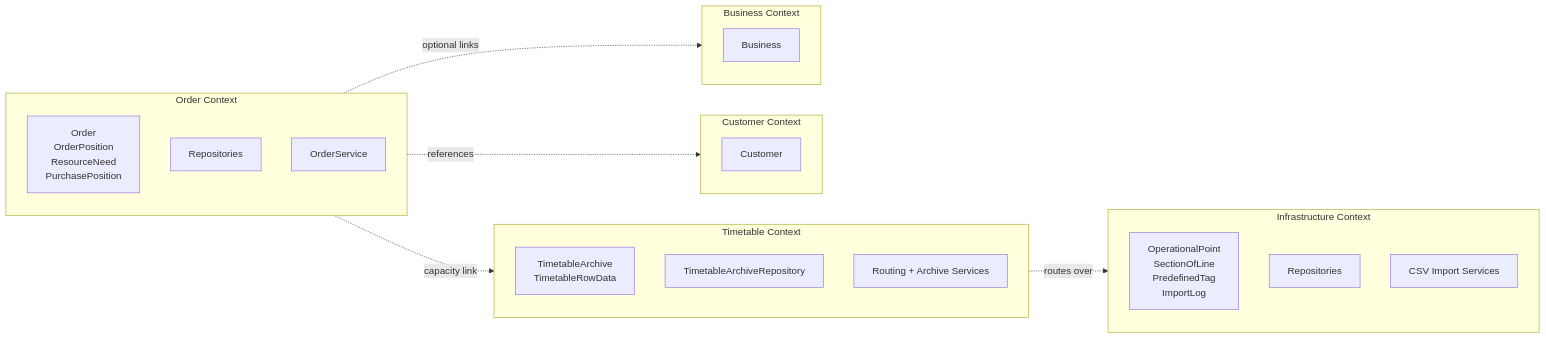
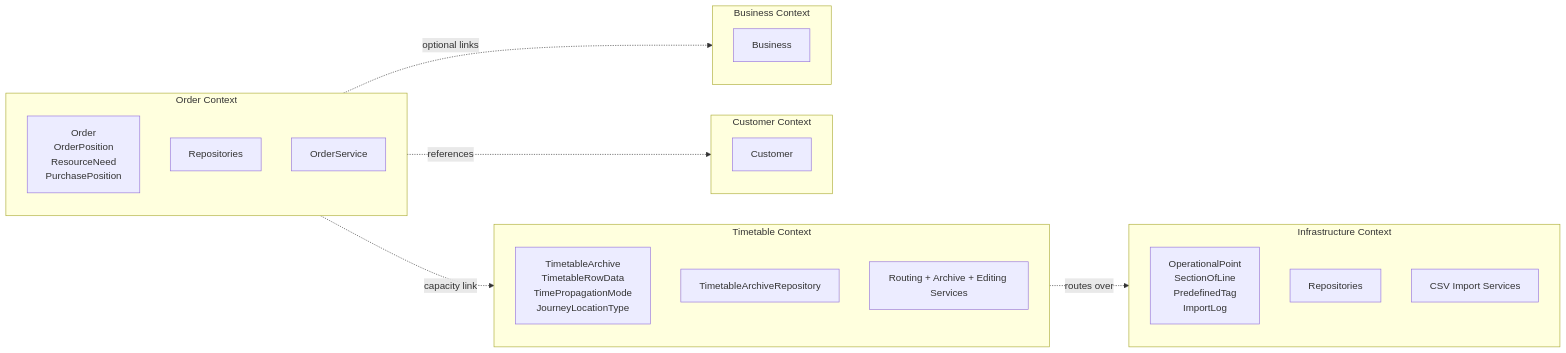
The ninth of 9 diagrams in docs/ARCHITECTURE.md (kron12345/railway-order-mgmt), drawn with Mermaid before and after one commit. The commit also changed other lines of this file and 69 other files, not shown here.

````diff
--- a/docs/ARCHITECTURE.md
+++ b/docs/ARCHITECTURE.md
@@ -143,33 +219,33 @@
 ```mermaid
 graph LR
     subgraph Order["Order Context"]
         O_M["Order<br/>OrderPosition<br/>ResourceNeed<br/>PurchasePosition"]
         O_R["Repositories"]
         O_S["OrderService"]
     end
 
     subgraph Timetable["Timetable Context"]
-        T_M["TimetableArchive<br/>TimetableRowData"]
+        T_M["TimetableArchive<br/>TimetableRowData<br/>TimePropagationMode<br/>JourneyLocationType"]
         T_R["TimetableArchiveRepository"]
-        T_S["Routing + Archive Services"]
+        T_S["Routing + Archive + Editing Services"]
     end
 
     subgraph InfraDomain["Infrastructure Context"]
         I_M["OperationalPoint<br/>SectionOfLine<br/>PredefinedTag<br/>ImportLog"]
         I_R["Repositories"]
         I_S["CSV Import Services"]
     end
 
     subgraph Customer["Customer Context"]
         C_M["Customer"]
     end
 
     subgraph Business["Business Context"]
         B_M["Business"]
     end
 
     Order -.->|references| Customer
     Order -.->|optional links| Business
     Order -.->|capacity link| Timetable
     Timetable -.->|routes over| InfraDomain
 ```
````
